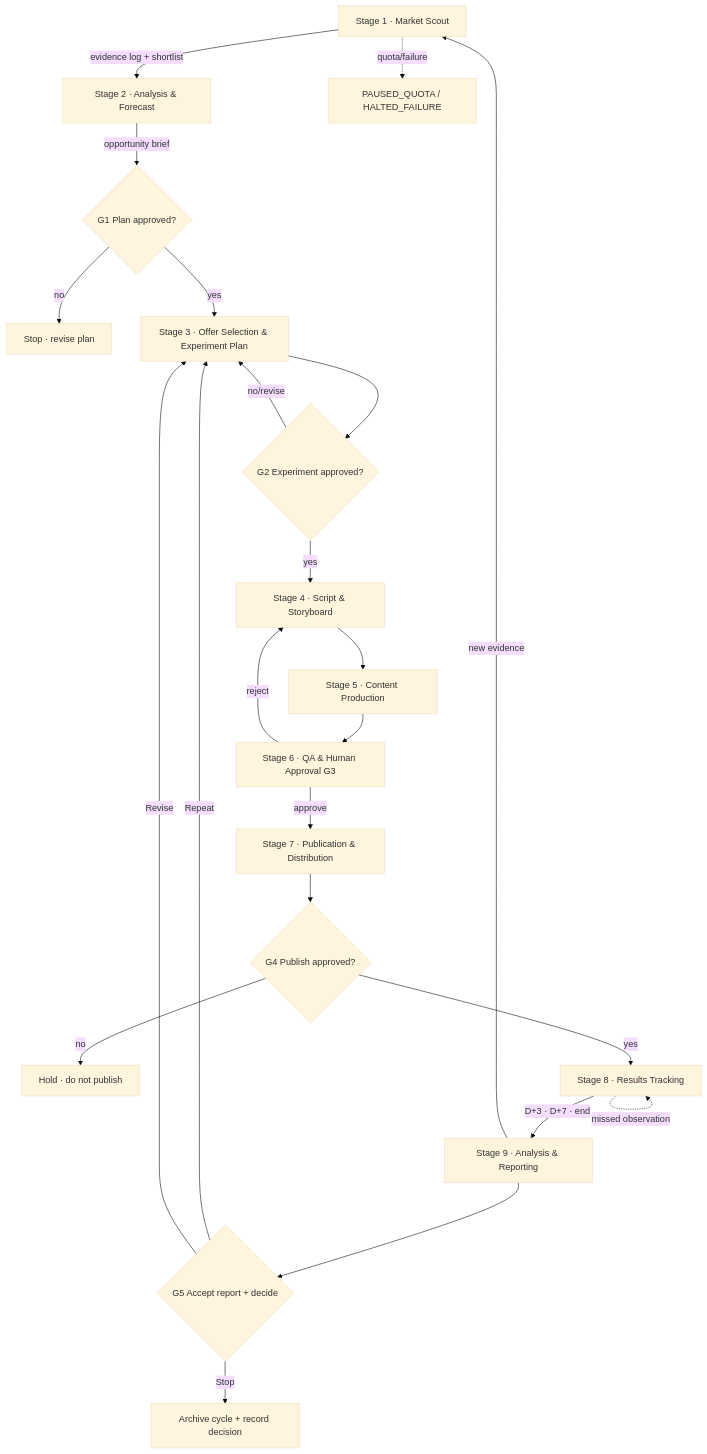
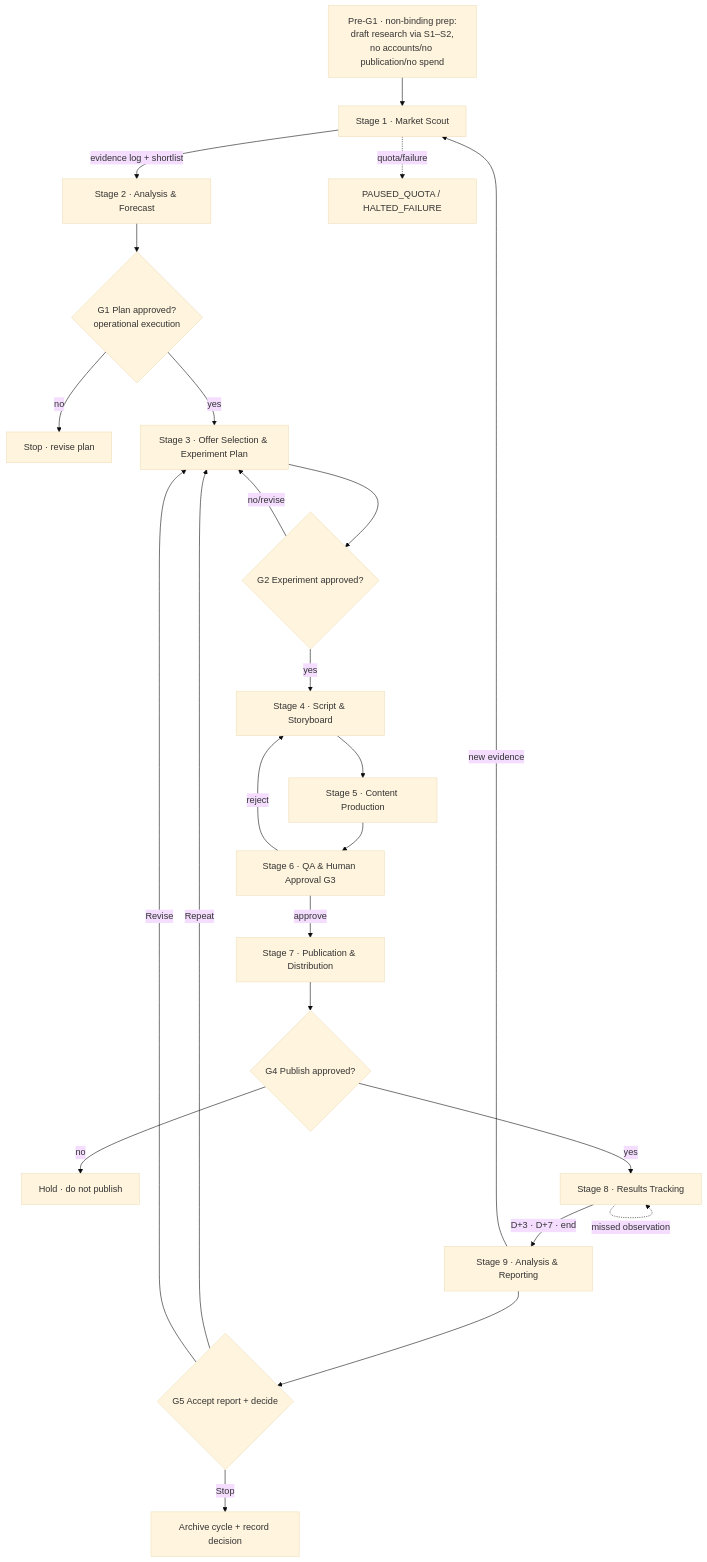
Before and after one commit to Devinity-Studio/Affiliate-Content-Engine: the diagram in docs/mission1/B-workflow-specification.md, drawn with Mermaid (base theme). The commit also changed other lines of this file and 7 other files, not shown here.

````diff
--- a/docs/mission1/B-workflow-specification.md
+++ b/docs/mission1/B-workflow-specification.md
@@ -11,25 +11,29 @@
 ```mermaid
 flowchart TD
-    S1[Stage 1 · Market Scout] -->|evidence log + shortlist| S2[Stage 2 · Analysis & Forecast]
-    S2 -->|opportunity brief| G1{G1 Plan approved?}
+    S0a[Pre-G1 · non-binding prep:
+draft research via S1–S2,
+no accounts/no publication/no spend] --> S1[Stage 1 · Market Scout]
+    S1 -->|evidence log + shortlist| S2[Stage 2 · Analysis & Forecast]
+    S2 --> G1{G1 Plan approved?
+operational execution}
     G1 -- no --> S0[Stop · revise plan]
     G1 -- yes --> S3[Stage 3 · Offer Selection & Experiment Plan]
     S3 --> G2{G2 Experiment approved?}
     G2 -- no/revise --> S3
     G2 -- yes --> S4[Stage 4 · Script & Storyboard]
     S4 --> S5[Stage 5 · Content Production]
     S5 --> S6[Stage 6 · QA & Human Approval G3]
     S6 -- reject --> S4
     S6 -- approve --> S7[Stage 7 · Publication & Distribution]
     S7 --> G4{G4 Publish approved?}
     G4 -- no --> S7b[Hold · do not publish]
     G4 -- yes --> S8[Stage 8 · Results Tracking]
     S8 -->|D+3 · D+7 · end| S9[Stage 9 · Analysis & Reporting]
     S9 --> G5{G5 Accept report + decide}
     G5 -- Repeat --> S3
     G5 -- Revise --> S3
     G5 -- Stop --> DONE[Archive cycle + record decision]
     S9 -->|new evidence| S1
     S1 -. quota/failure .-> P[PAUSED_QUOTA / HALTED_FAILURE]
     S8 -. missed observation .-> S8
 ```
````
